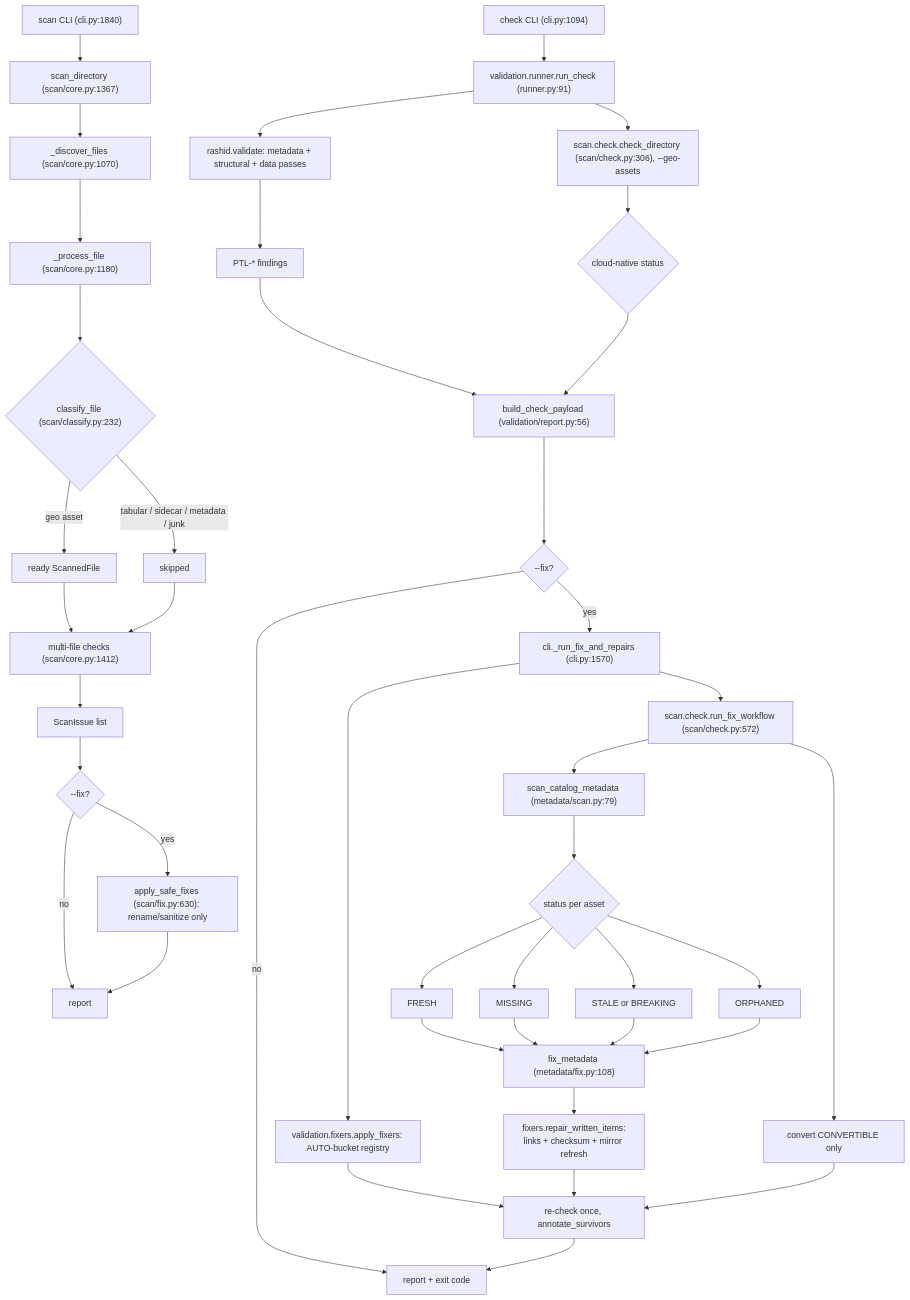
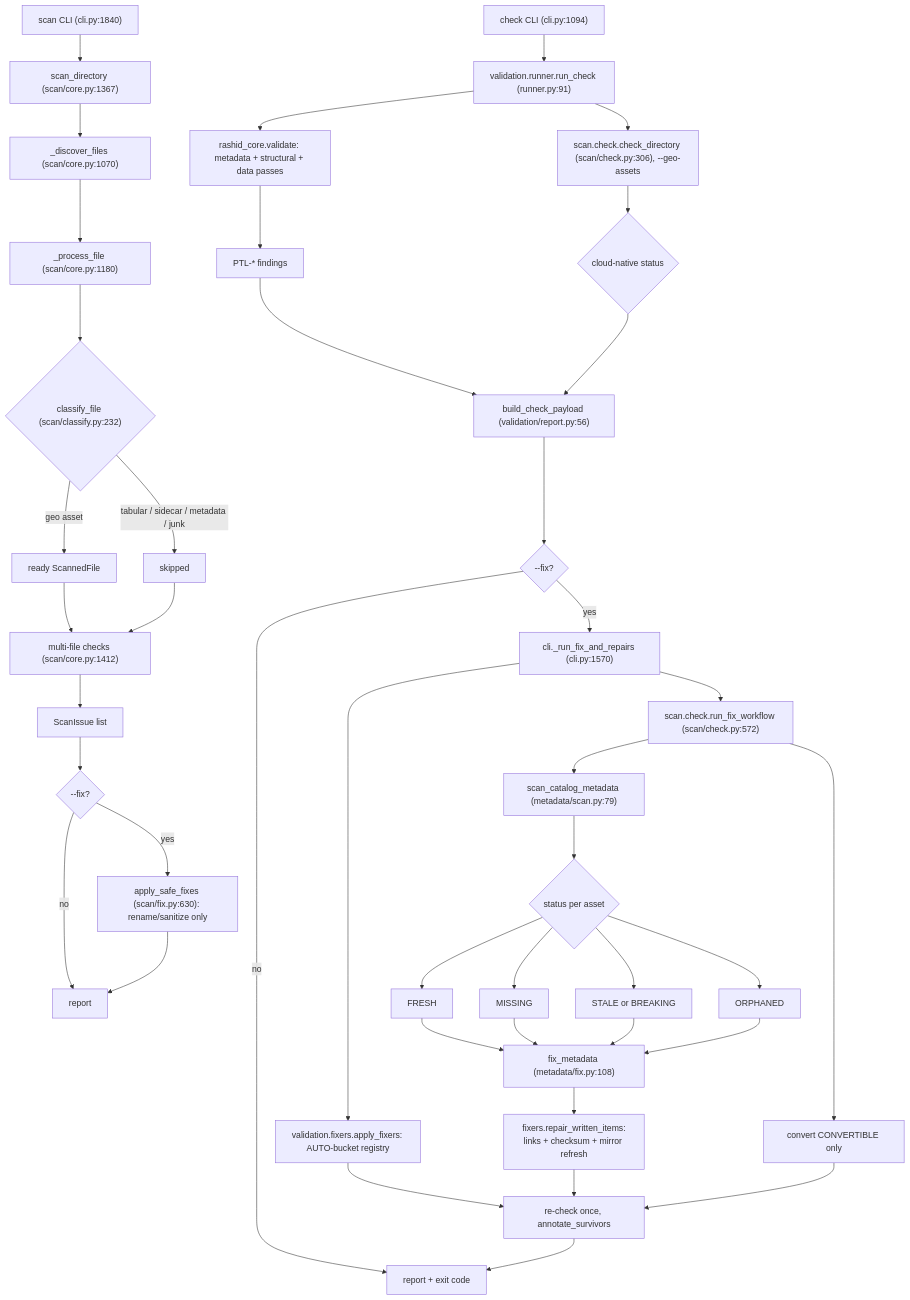
Before and after one commit to portolan-sdi/portolan-cli: the diagram in .claude/rules/scan-check.md, drawn with Mermaid. The commit also changed other lines of this file and 45 other files, not shown here.

````diff
--- a/.claude/rules/scan-check.md
+++ b/.claude/rules/scan-check.md
@@ -20,45 +20,45 @@
 ```mermaid
 flowchart TD
     SCLI["scan CLI (cli.py:1840)"] --> SDIR["scan_directory (scan/core.py:1367)"]
     SDIR --> DISC["_discover_files (scan/core.py:1070)"]
     DISC --> PROC["_process_file (scan/core.py:1180)"]
     PROC --> CLS{"classify_file (scan/classify.py:232)"}
     CLS -->|geo asset| READY[ready ScannedFile]
     CLS -->|tabular / sidecar / metadata / junk| SKIP[skipped]
     READY --> MULTI["multi-file checks (scan/core.py:1412)"]
     SKIP --> MULTI
     MULTI --> ISSUES[ScanIssue list]
     ISSUES --> SFIX{--fix?}
     SFIX -->|yes| SAFE["apply_safe_fixes (scan/fix.py:630): rename/sanitize only"]
     SFIX -->|no| SOUT[report]
     SAFE --> SOUT
 
     CCLI["check CLI (cli.py:1094)"] --> RUN["validation.runner.run_check (runner.py:91)"]
-    RUN --> RASHID["rashid.validate: metadata + structural + data passes"]
+    RUN --> RASHID["rashid_core.validate: metadata + structural + data passes"]
     RUN --> GEO["scan.check.check_directory (scan/check.py:306), --geo-assets"]
     RASHID --> FIND["PTL-* findings"]
     GEO --> GSTAT{cloud-native status}
     FIND --> PAY["build_check_payload (validation/report.py:56)"]
     GSTAT --> PAY
     PAY --> CFIX{--fix?}
     CFIX -->|no| CREPORT[report + exit code]
     CFIX -->|yes| FIXR["cli._run_fix_and_repairs (cli.py:1570)"]
     FIXR --> AUTO["validation.fixers.apply_fixers: AUTO-bucket registry"]
     FIXR --> LEG["scan.check.run_fix_workflow (scan/check.py:572)"]
     LEG --> MSCAN["scan_catalog_metadata (metadata/scan.py:79)"]
     LEG --> FIXG[convert CONVERTIBLE only]
     MSCAN --> STAT{status per asset}
     STAT --> FRESH
     STAT --> MISSING
     STAT --> STALE[STALE or BREAKING]
     STAT --> ORPHANED
     FRESH --> FIXM["fix_metadata (metadata/fix.py:108)"]
     MISSING --> FIXM
     STALE --> FIXM
     ORPHANED --> FIXM
     AUTO --> RECHK["re-check once, annotate_survivors"]
     FIXM --> POST["fixers.repair_written_items:<br/>links + checksum + mirror refresh"]
     POST --> RECHK
     FIXG --> RECHK
     RECHK --> CREPORT
 ```
````
